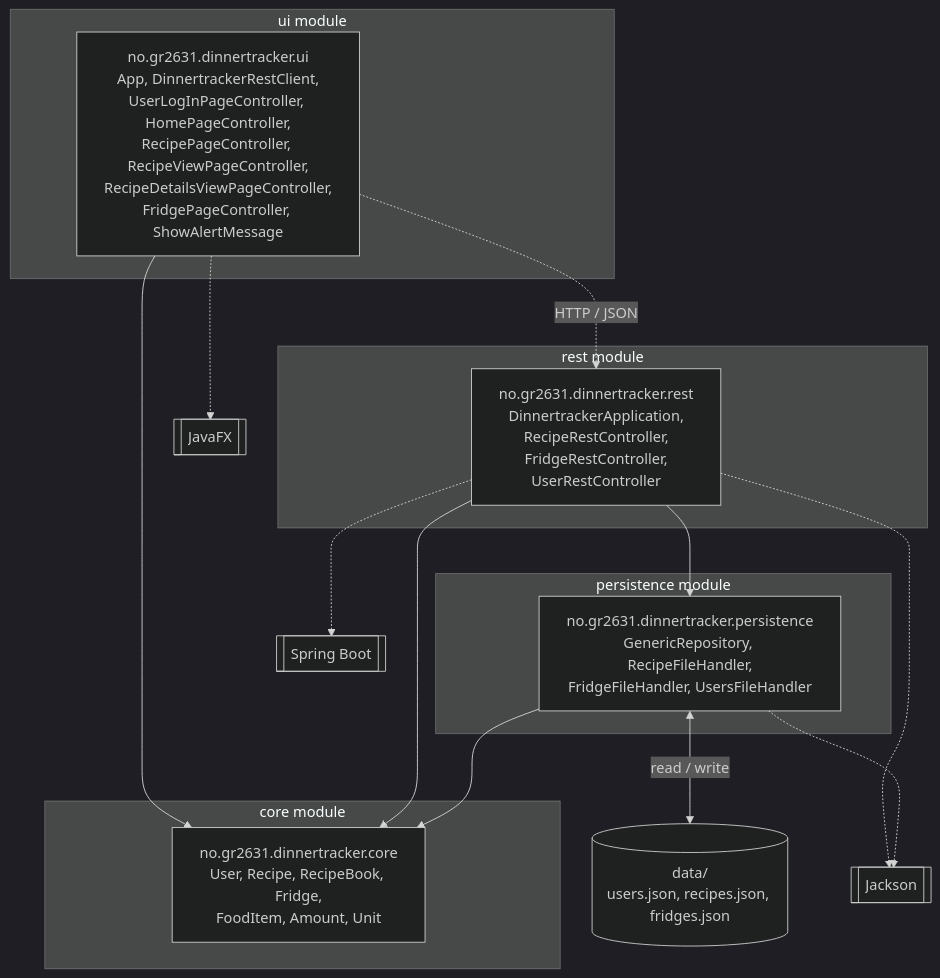
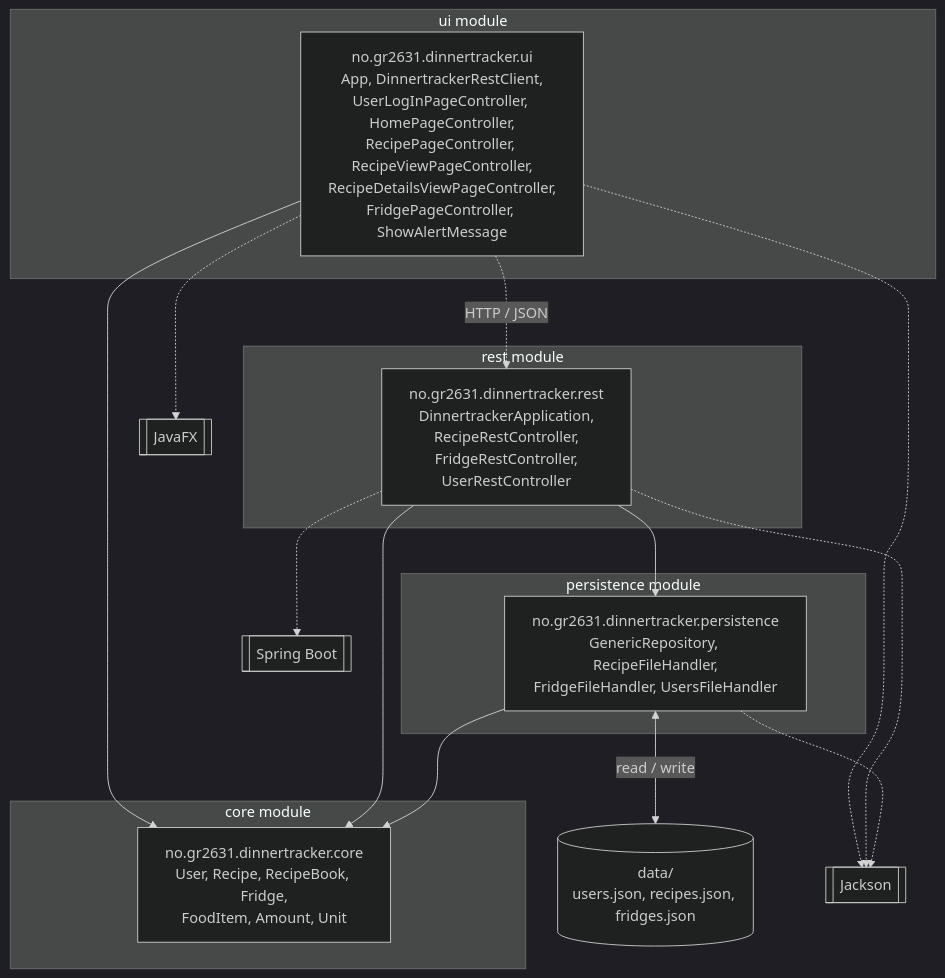
One commit to jasmingolzari/Dinnertracker changed the first of 3 diagrams in docs/release3/uml.md. Above: the diagram before and after it, drawn with Mermaid (dark theme).

Commit message:
docs: add arrow from UI to JACKSON

````diff
--- a/docs/release3/uml.md
+++ b/docs/release3/uml.md
@@ -16,30 +16,31 @@
 ```mermaid
 flowchart TB
   subgraph UI["ui module"]
     U["no.gr2631.dinnertracker.ui<br/>App, DinnertrackerRestClient,<br/>UserLogInPageController, HomePageController,<br/>RecipePageController, RecipeViewPageController,<br/>RecipeDetailsViewPageController,<br/>FridgePageController, ShowAlertMessage"]
   end
   subgraph REST["rest module"]
     R["no.gr2631.dinnertracker.rest<br/>DinnertrackerApplication,<br/>RecipeRestController,<br/>FridgeRestController,<br/>UserRestController"]
   end
   subgraph PERSISTENCE["persistence module"]
     P["no.gr2631.dinnertracker.persistence<br/>GenericRepository, RecipeFileHandler,<br/>FridgeFileHandler, UsersFileHandler"]
   end
   subgraph CORE["core module"]
     C["no.gr2631.dinnertracker.core<br/>User, Recipe, RecipeBook, Fridge,<br/>FoodItem, Amount, Unit"]
   end
   JSON[("data/<br/>users.json, recipes.json, fridges.json")]
   FX[["JavaFX"]]
   JACKSON[["Jackson"]]
   SPRING[["Spring Boot"]]
 
   U -.->|"HTTP / JSON"| R
   U --> C
   R --> C
   R --> P
   P --> C
   P <-->|"read / write"| JSON
   U -.-> FX
+  U -.-> JACKSON
   R -.-> SPRING
   R -.-> JACKSON
   P -.-> JACKSON
 ```
````
